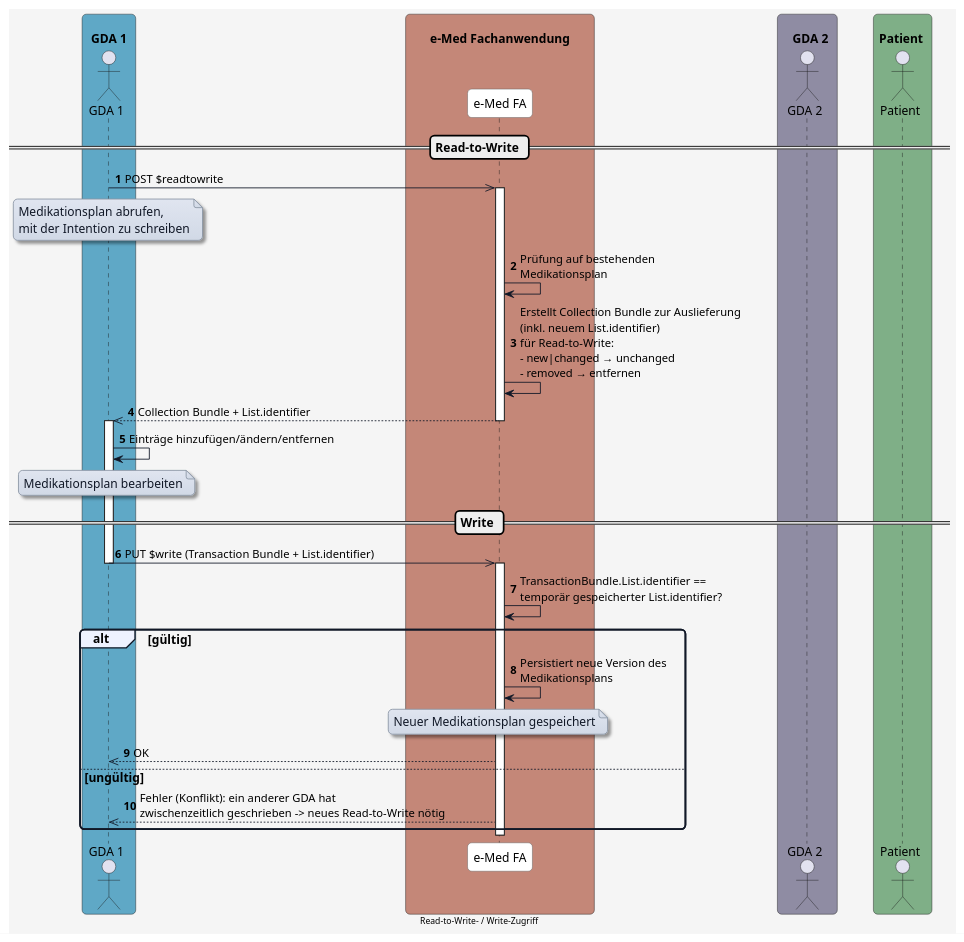
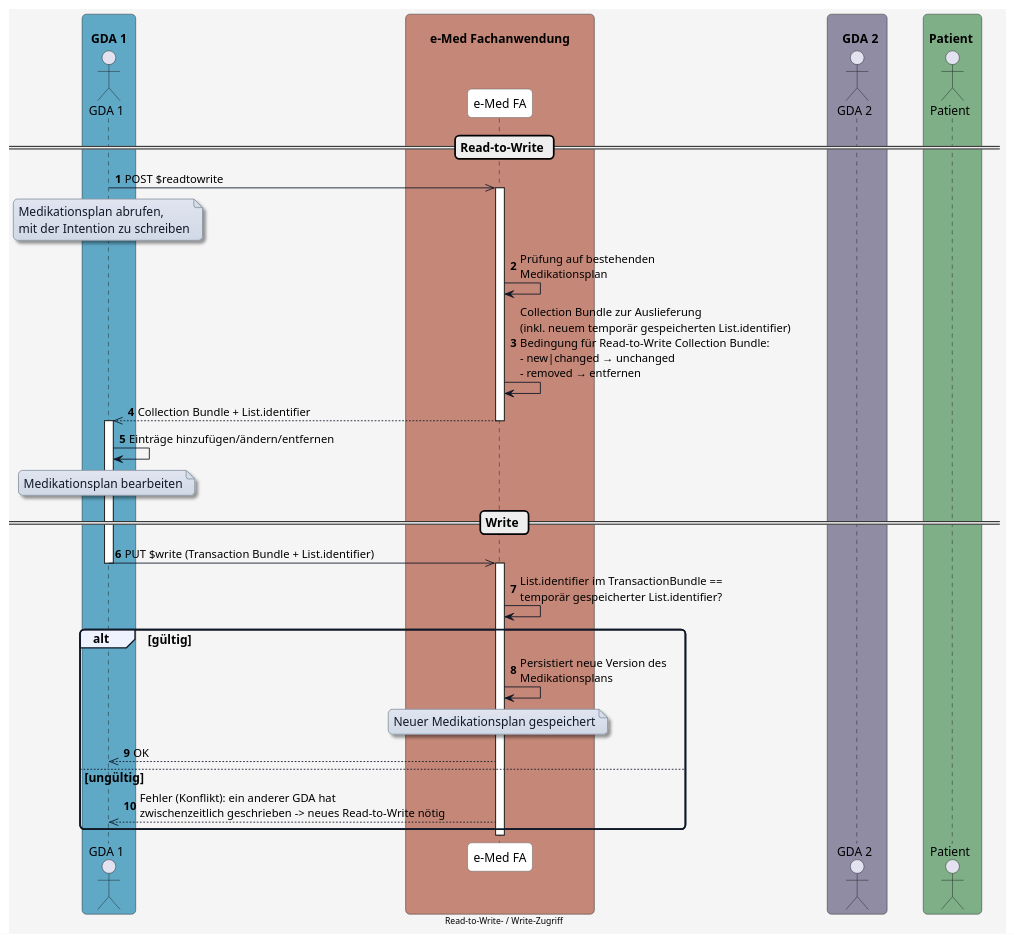
Before and after one commit to HL7Austria/ELGA-e-Medikation-R4: the diagram in input/images-source/diagram_readtowrite.plantuml, drawn with PlantUML. The commit also changed 26 other files, not shown here.

```diff
--- a/input/images-source/diagram_readtowrite.plantuml
+++ b/input/images-source/diagram_readtowrite.plantuml
@@ -1,110 +1,110 @@
 @startuml
 skinparam borderColor #000000
 skinparam backgroundColor #f5f5f5
 skinparam shadowing false
 skinparam roundCorner 10
 skinparam defaultFontName "Arial"
 skinparam defaultFontSize 14
 skinparam defaultFontColor #000000
 
 skinparam note {
   BackgroundColor #e0e5f0-#d1d9e6
   BorderColor #8b95a5
   BorderThickness 1
   RoundCorner 8
   Padding 6
   FontColor #111827
   Shadowing true
 }
 
 skinparam HyperlinkColor #0000EE
 skinparam HyperlinkUnderline false
 
 skinparam sequence {
   ParticipantBorderColor #555555
   ParticipantBackgroundColor #ffffff
   ParticipantFontColor #000000
   ParticipantFontSize 14
   ParticipantPadding 20
   ArrowColor #111827
   ArrowThickness 1
   ArrowFontColor #000000
   ArrowFontSize 13
   GroupBorderColor #111827
   GroupBackgroundColor #eef2ff
   GroupBorderThickness 2
 }
 
 skinparam BoxPadding 20
 skinparam BoxBorderColor #555555
 
 box "\n  GDA 1  " #5FA8C6
   actor GDA_1 as "GDA 1"
 end box
 
 box "\n       e-Med Fachanwendung       " #C48778
   participant eMed_FA as "e-Med FA"
 end box
 
 box "\n    GDA 2  " #8F8CA3
   actor GDA_2 as "GDA 2"
 end box
 
 box "\n Patient  " #7FAF87
   actor Patient as "Patient"
 end box
 
 
 autonumber
 
  
 == Read-to-Write ==
 
 GDA_1 ->> eMed_FA: POST $readtowrite
 note over GDA_1
 Medikationsplan abrufen, 
 mit der Intention zu schreiben
 end note
 
 activate eMed_FA
 eMed_FA -> eMed_FA: Prüfung auf bestehenden\nMedikationsplan
-eMed_FA -> eMed_FA: Erstellt Collection Bundle zur Auslieferung\n(inkl. neuem List.identifier)\nfür Read-to-Write:\n- new|changed → unchanged\n- removed → entfernen
+eMed_FA -> eMed_FA: Collection Bundle zur Auslieferung\n(inkl. neuem temporär gespeicherten List.identifier)\nBedingung für Read-to-Write Collection Bundle:\n- new|changed → unchanged\n- removed → entfernen
 
 eMed_FA -->> GDA_1: Collection Bundle + List.identifier
 deactivate eMed_FA
 
 activate GDA_1
 GDA_1 -> GDA_1: Einträge hinzufügen/ändern/entfernen
 
 note over GDA_1
 Medikationsplan bearbeiten
 end note
 
 == Write ==
 
 GDA_1 ->> eMed_FA: PUT $write (Transaction Bundle + List.identifier)
 deactivate GDA_1
 
 activate eMed_FA
-eMed_FA -> eMed_FA: TransactionBundle.List.identifier ==\ntemporär gespeicherter List.identifier?
+eMed_FA -> eMed_FA: List.identifier im TransactionBundle ==\ntemporär gespeicherter List.identifier?
 
 alt gültig
   eMed_FA -> eMed_FA: Persistiert neue Version des\nMedikationsplans
 
   note over eMed_FA
   Neuer Medikationsplan gespeichert
   end note
 
   eMed_FA -->> GDA_1: OK
 else ungültig
   eMed_FA -->> GDA_1: Fehler (Konflikt): ein anderer GDA hat\nzwischenzeitlich geschrieben -> neues Read-to-Write nötig
 end
 
 
 deactivate eMed_FA
 
 
 center footer Read-to-Write- / Write-Zugriff
 
 
 @enduml
```
